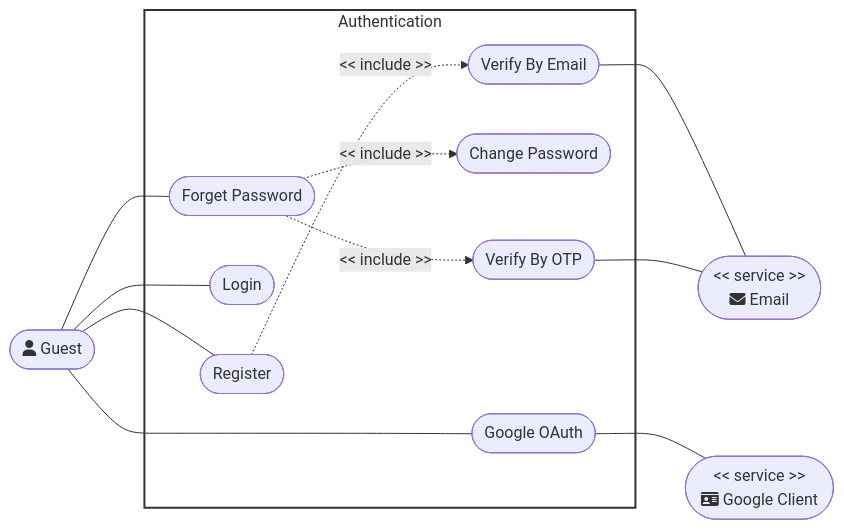
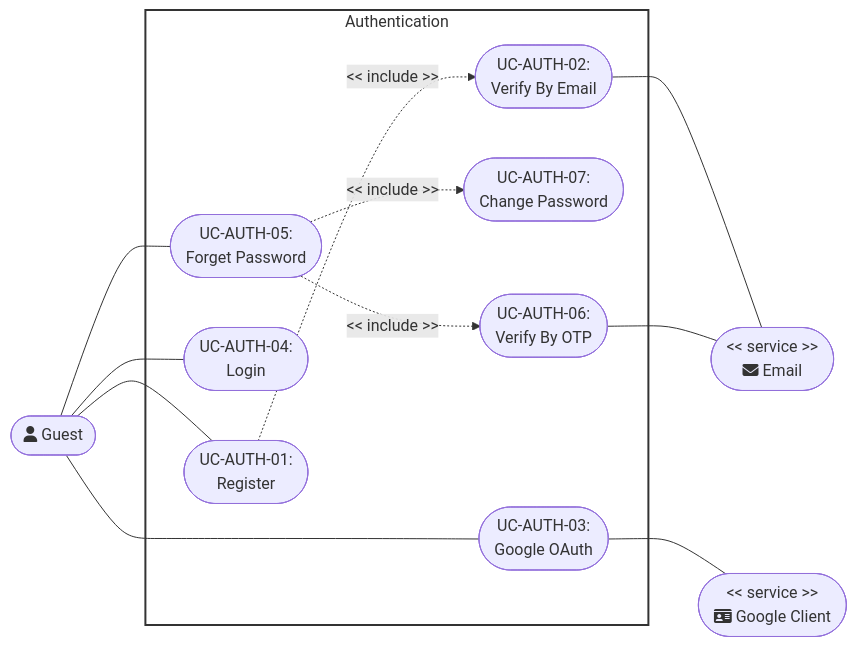
The second of 9 diagrams in docs/management/PA3/Use-CaseDiagram.md (DuyNhat1705/AmeThyst-Library), drawn with Mermaid before and after one commit. The commit also changed other lines of this file and 4 other files, not shown here.

````diff
--- a/docs/management/PA3/Use-CaseDiagram.md
+++ b/docs/management/PA3/Use-CaseDiagram.md
@@ -53,47 +53,47 @@
 ```mermaid
 flowchart LR
     %% Left Actor
-    ActorGuest([fa:fa-user Guest])
+    ActorGuest(["<center>fa:fa-user Guest</center>"])
         %% Central System Boundary Subgraph
     subgraph Authentication [Authentication]
-        UC_Reg([Register])
-        UC_OAuth([Google OAuth])
-        UC_Login([Login])
-        UC_Forget([Forget Password])
-        UC_Change([Change Password])
-        UC_VerifyEmail([Verify By Email])
-        UC_VerifyOTP([Verify By OTP])
+        UC_Reg(["<center>UC-AUTH-01:<br>Register</center>"])
+        UC_OAuth(["<center> UC-AUTH-03:<br>Google OAuth</center>"])
+        UC_Login(["<center>UC-AUTH-04:<br>Login</center>"])
+        UC_Forget(["<center>UC-AUTH-05:<br>Forget Password</center>"])
+        UC_Change(["<center>UC-AUTH-07:<br>Change Password</center>"])
+        UC_VerifyEmail(["<center>UC-AUTH-02:<br>Verify By Email</center>"])
+        UC_VerifyOTP(["<center>UC-AUTH-06:<br>Verify By OTP</center>"])
     end
 
     %% Right Actors
     ActorEmail(["<center>&lt;&lt; service &gt;&gt;<br>fa:fa-envelope Email</center>"])
     ActorGoogle(["<center>&lt;&lt; service &gt;&gt;<br>fa:fa-id-card Google Client</center>"])
 
     %% -------------------------------------------------------------
     %% Structural Layout Anchors (Invisible lines to center-align the subgraph)
     %% -------------------------------------------------------------
     ActorGuest ~~~ Authentication ~~~ ActorEmail
     ActorGuest ~~~ Authentication ~~~~ ActorGoogle
 
     %% -------------------------------------------------------------
     %% Actual Connections (Matching your image exactly)
     %% -------------------------------------------------------------
     %% Left Actor Associations
     ActorGuest --- UC_Reg
     ActorGuest --- UC_OAuth
     ActorGuest --- UC_Login
     ActorGuest --- UC_Forget
 
     %% Subgraph Internal Include Relationships
     UC_Reg -. "<< include >>" .-> UC_VerifyEmail
     UC_Forget -. "<< include >>" .-> UC_VerifyOTP
     UC_Forget -. "<< include >>" .-> UC_Change
 
     %% Right Actor Associations
     UC_VerifyEmail --- ActorEmail
     UC_OAuth --- ActorGoogle
     UC_VerifyOTP --- ActorEmail
 
     %% Styling
     style Authentication fill:#fff,stroke:#333,stroke-width:2px
 ```
````
